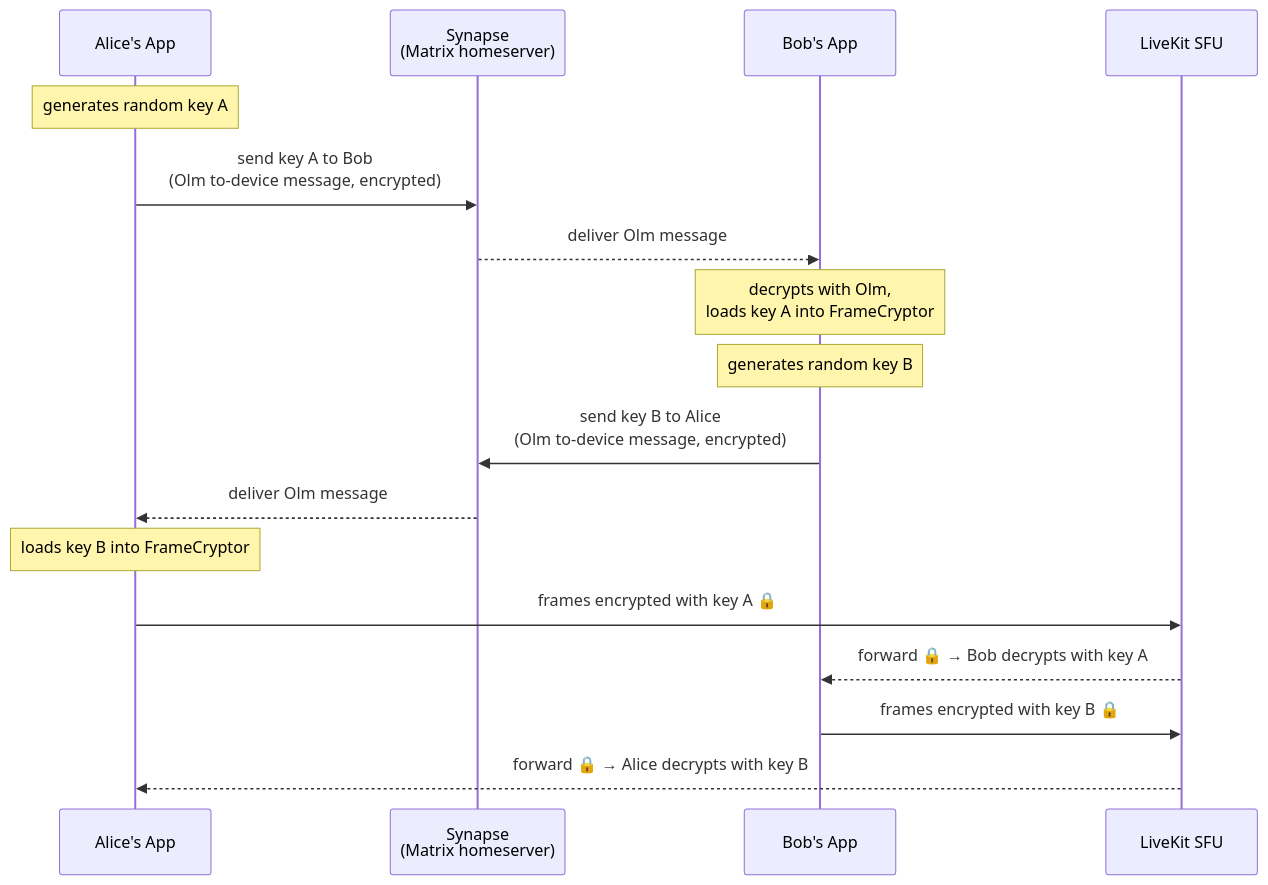
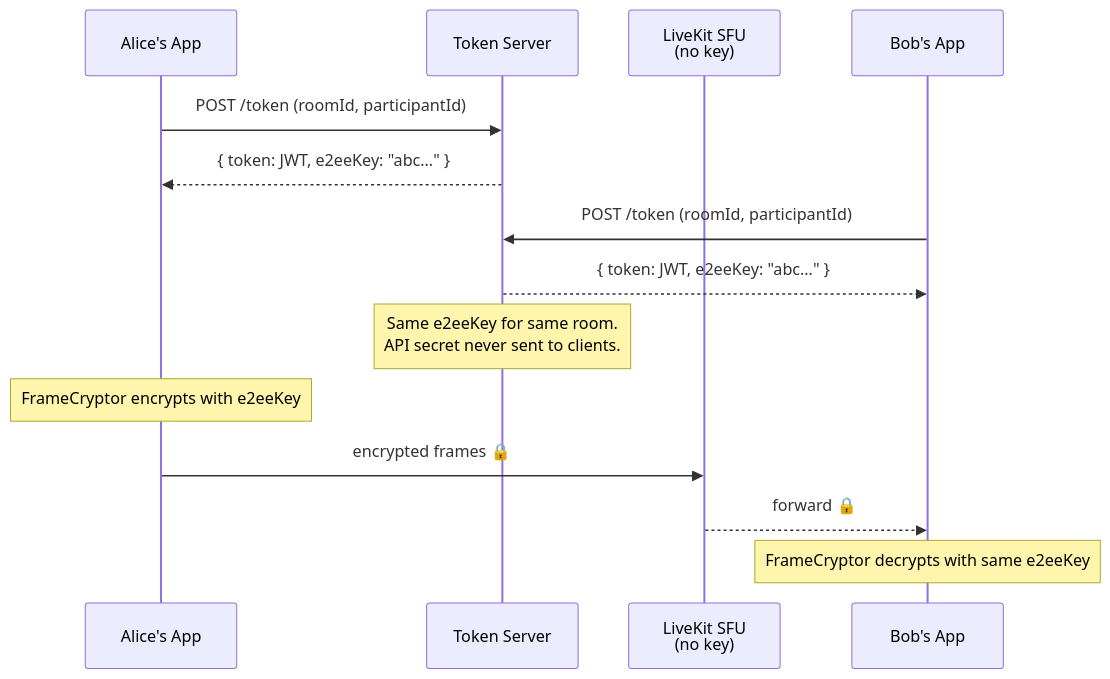
One commit to affinidi/affinidi-meetingplace-reference-app changed the fifth of 5 diagrams in assets/docs/video-call-local-setup.md. Above: the diagram before and after it, drawn with Mermaid. The commit also changed other lines of this file and 5 other files, not shown here.

````diff
--- a/assets/docs/video-call-local-setup.md
+++ b/assets/docs/video-call-local-setup.md
@@ -159,21 +151,18 @@
 ```mermaid
 sequenceDiagram
     participant Alice as Alice's App
-    participant Synapse as Synapse<br/>(Matrix homeserver)
+    participant TS as Token Server
+    participant SFU as LiveKit SFU<br/>(no key)
     participant Bob as Bob's App
-    participant SFU as LiveKit SFU
 
-    note over Alice: generates random key A
-    Alice->>Synapse: send key A to Bob<br/>(Olm to-device message, encrypted)
-    Synapse-->>Bob: deliver Olm message
-    note over Bob: decrypts with Olm,<br/>loads key A into FrameCryptor
-    note over Bob: generates random key B
-    Bob->>Synapse: send key B to Alice<br/>(Olm to-device message, encrypted)
-    Synapse-->>Alice: deliver Olm message
-    note over Alice: loads key B into FrameCryptor
+    Alice->>TS: POST /token (roomId, participantId)
+    TS-->>Alice: { token: JWT, e2eeKey: "abc…" }
+    Bob->>TS: POST /token (roomId, participantId)
+    TS-->>Bob: { token: JWT, e2eeKey: "abc…" }
+    note over TS: Same e2eeKey for same room.<br/>API secret never sent to clients.
 
-    Alice->>SFU: frames encrypted with key A 🔒
-    SFU-->>Bob: forward 🔒 → Bob decrypts with key A
-    Bob->>SFU: frames encrypted with key B 🔒
-    SFU-->>Alice: forward 🔒 → Alice decrypts with key B
+    note over Alice: FrameCryptor encrypts with e2eeKey
+    Alice->>SFU: encrypted frames 🔒
+    SFU-->>Bob: forward 🔒
+    note over Bob: FrameCryptor decrypts with same e2eeKey
 ```
````
